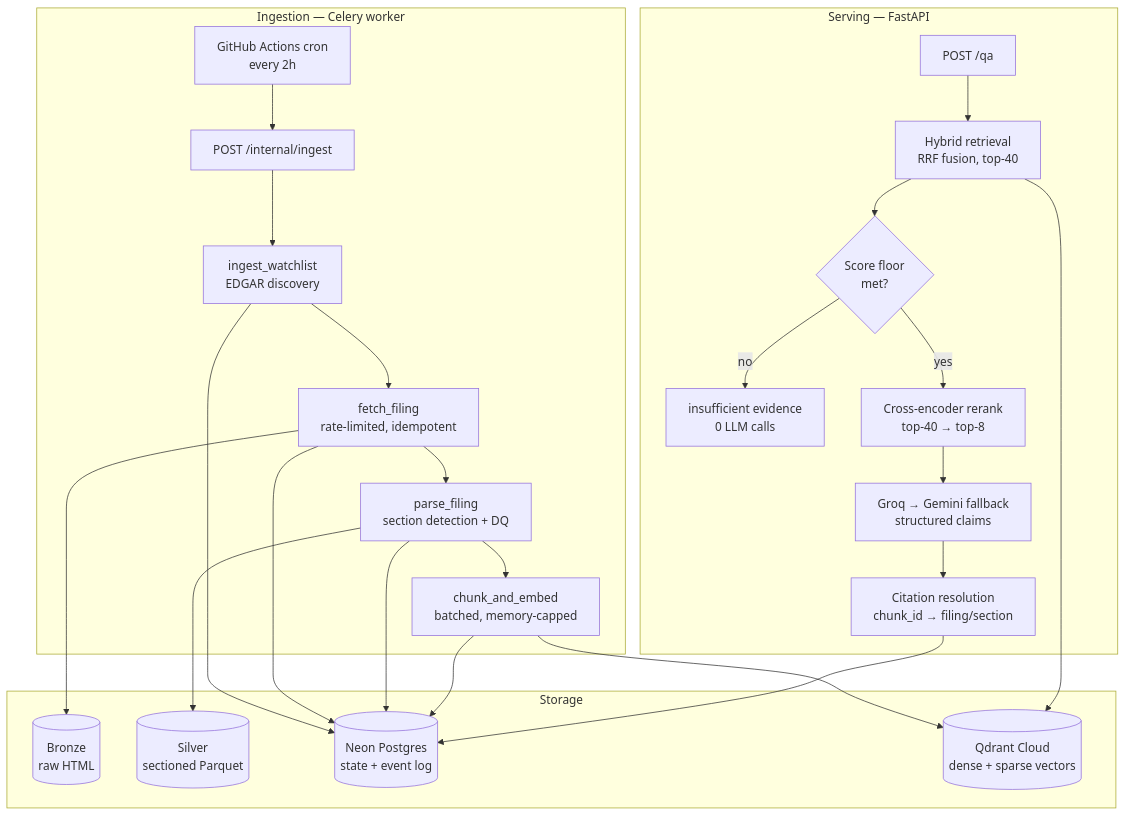
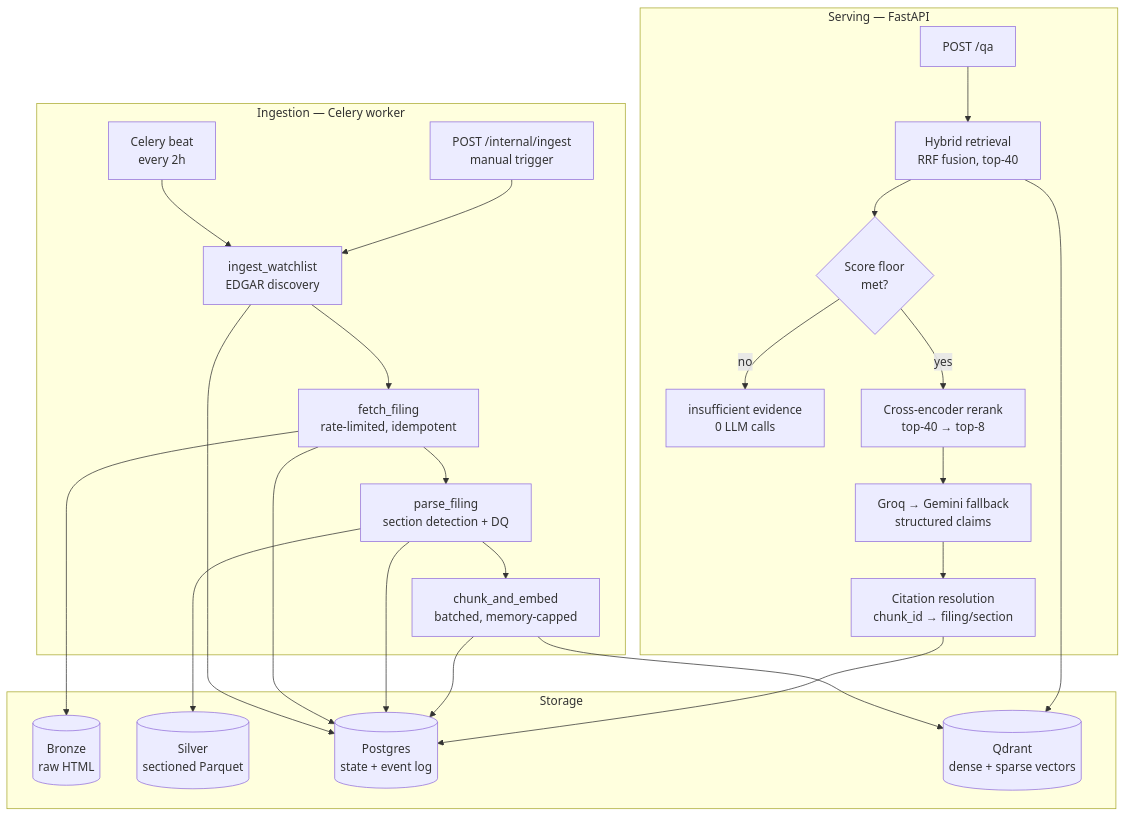
The diagram in README.md (aryadoshii/filingsage), drawn with Mermaid before and after one commit. The commit also changed other lines of this file and 2 other files, not shown here.

Commit message:
docs: localhost-first stack, roadmap, decisions #30-#31

````diff
--- a/README.md
+++ b/README.md
@@ -70,33 +71,33 @@
 ```mermaid
 flowchart TB
     subgraph ingest["Ingestion — Celery worker"]
-        CRON["GitHub Actions cron<br/>every 2h"] --> API1["POST /internal/ingest"]
-        API1 --> DISC["ingest_watchlist<br/>EDGAR discovery"]
+        BEAT["Celery beat<br/>every 2h"] --> DISC["ingest_watchlist<br/>EDGAR discovery"]
+        API1["POST /internal/ingest<br/>manual trigger"] --> DISC
         DISC --> FETCH["fetch_filing<br/>rate-limited, idempotent"]
         FETCH --> PARSE["parse_filing<br/>section detection + DQ"]
         PARSE --> EMBED["chunk_and_embed<br/>batched, memory-capped"]
     end
 
     subgraph storage["Storage"]
         BRONZE[("Bronze<br/>raw HTML")]
         SILVER[("Silver<br/>sectioned Parquet")]
-        PG[("Neon Postgres<br/>state + event log")]
-        QD[("Qdrant Cloud<br/>dense + sparse vectors")]
+        PG[("Postgres<br/>state + event log")]
+        QD[("Qdrant<br/>dense + sparse vectors")]
     end
 
     subgraph serve["Serving — FastAPI"]
         QA["POST /qa"] --> RET["Hybrid retrieval<br/>RRF fusion, top-40"]
         RET --> GATE{"Score floor<br/>met?"}
         GATE -->|no| INSUF["insufficient evidence<br/>0 LLM calls"]
         GATE -->|yes| RERANK["Cross-encoder rerank<br/>top-40 → top-8"]
         RERANK --> GEN["Groq → Gemini fallback<br/>structured claims"]
         GEN --> CITE["Citation resolution<br/>chunk_id → filing/section"]
     end
 
     FETCH --> BRONZE
     PARSE --> SILVER
     EMBED --> QD
     DISC & FETCH & PARSE & EMBED --> PG
     RET --> QD
     CITE --> PG
 ```
````
